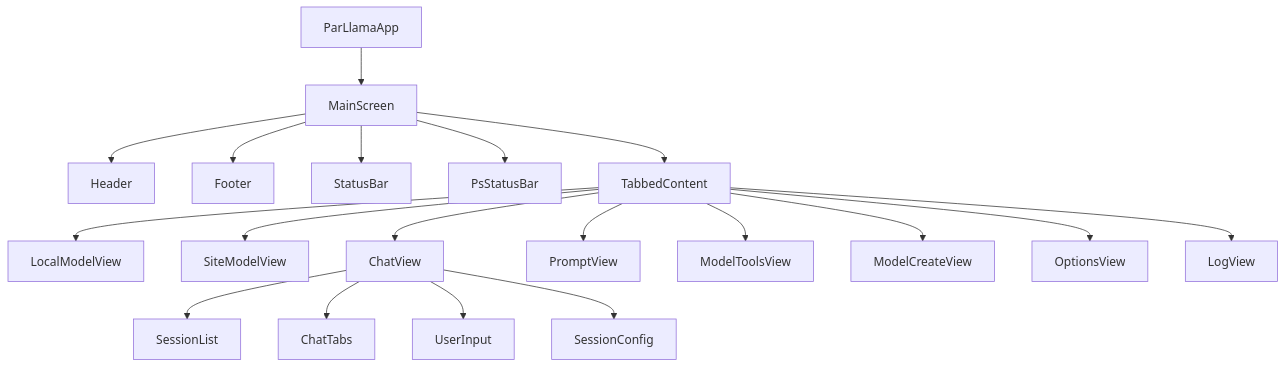
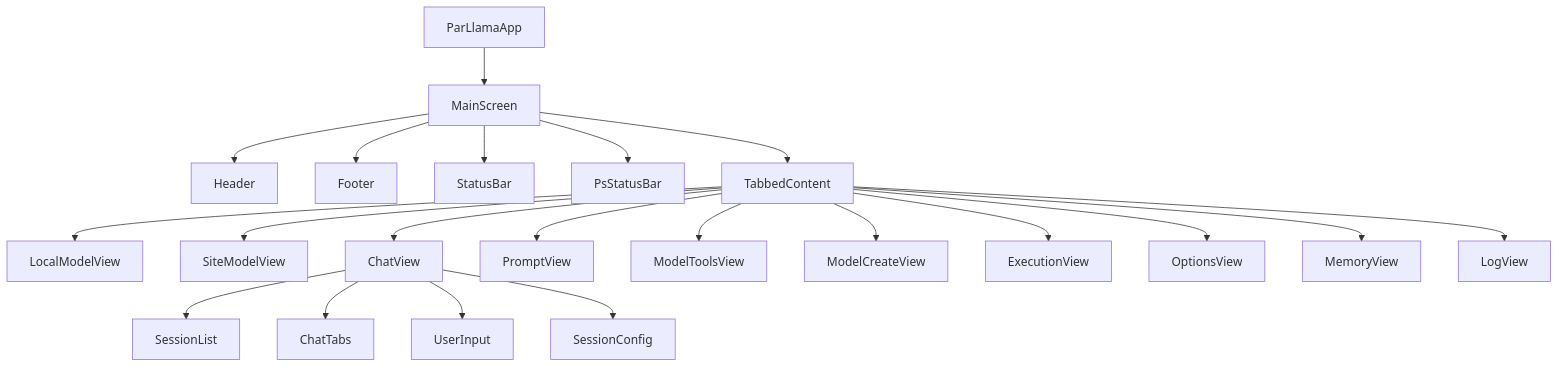
The second of 14 diagrams in project_design.md (paulrobello/parllama), drawn with Mermaid before and after one commit. The commit also changed other lines of this file, not shown here.

````diff
--- a/project_design.md
+++ b/project_design.md
@@ -80,23 +91,25 @@
 ```mermaid
 graph TD
     A[ParLlamaApp] --> B[MainScreen]
     B --> C[Header]
     B --> D[Footer]
     B --> E[StatusBar]
     B --> F[PsStatusBar]
     B --> G[TabbedContent]
 
     G --> H[LocalModelView]
     G --> I[SiteModelView]
     G --> J[ChatView]
     G --> K[PromptView]
     G --> L[ModelToolsView]
     G --> M[ModelCreateView]
-    G --> N[OptionsView]
-    G --> O[LogView]
+    G --> N[ExecutionView]
+    G --> O[OptionsView]
+    G --> P[MemoryView]
+    G --> Q[LogView]
 
-    J --> P[SessionList]
-    J --> Q[ChatTabs]
-    J --> R[UserInput]
-    J --> S[SessionConfig]
+    J --> R[SessionList]
+    J --> S[ChatTabs]
+    J --> T[UserInput]
+    J --> U[SessionConfig]
 ```
````
